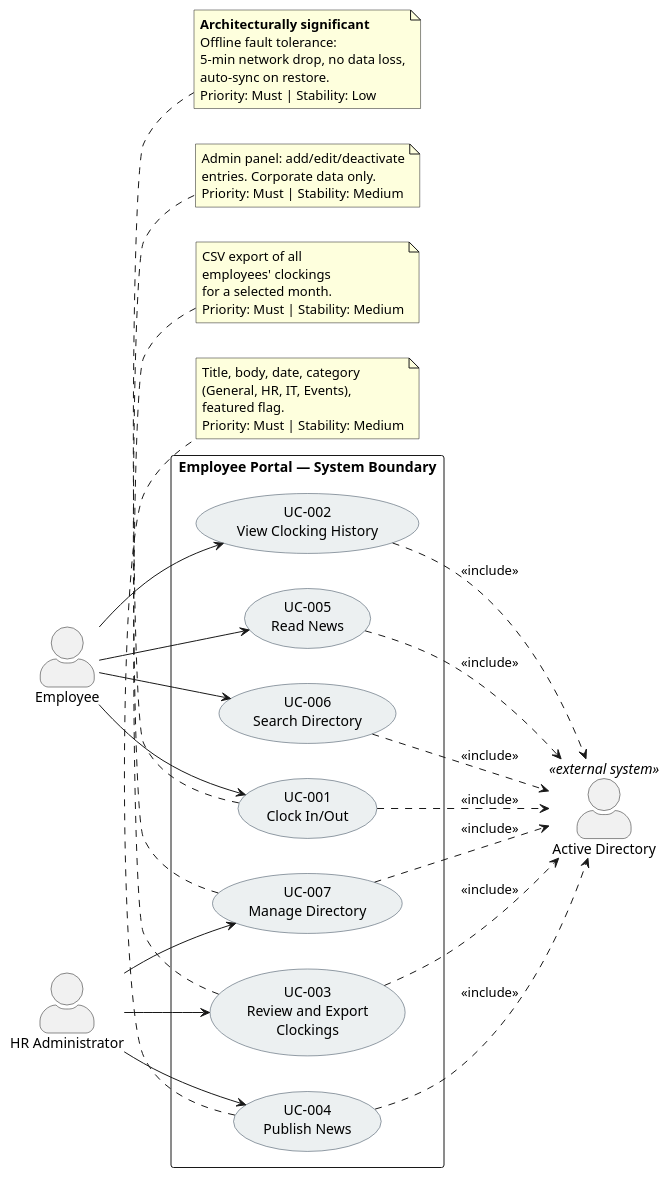
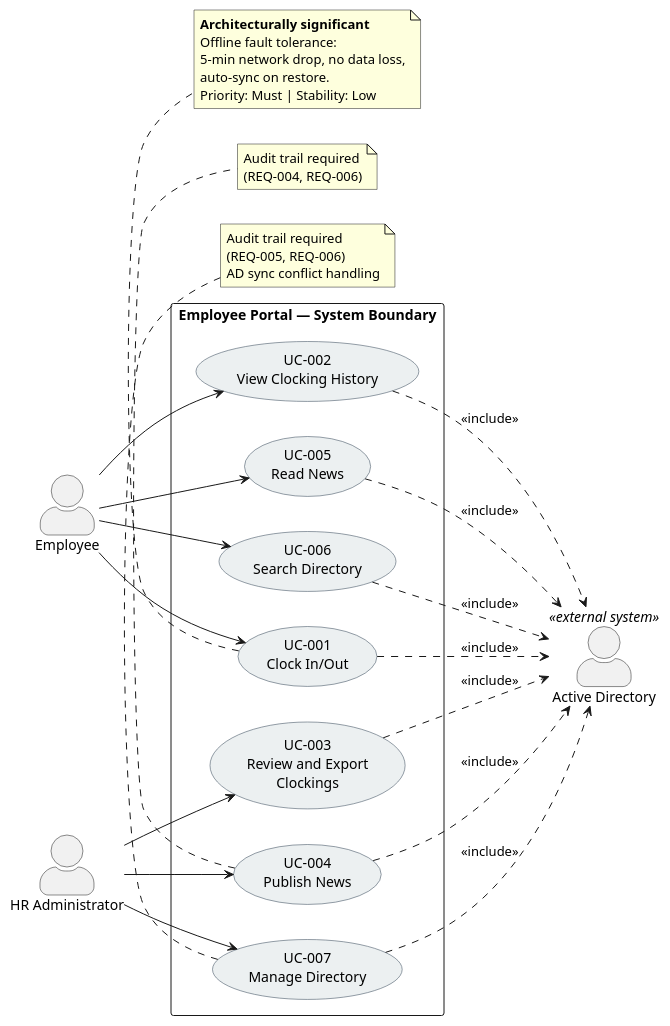
The first of 9 diagrams in docs/artifacts/requirements/use-case-model.md (banense-test/demo-janke-lab), drawn with PlantUML before and after one commit. The commit also changed other lines of this file, not shown here.

````diff
--- a/docs/artifacts/requirements/use-case-model.md
+++ b/docs/artifacts/requirements/use-case-model.md
@@ -19,69 +20,60 @@
 ```plantuml
 @startuml
 left to right direction
 skinparam packageStyle rectangle
 skinparam actorStyle awesome
 skinparam usecaseBorderColor #2c3e50
 skinparam usecaseBackgroundColor #ecf0f1
 
 actor "Employee" as EMP
 actor "HR Administrator" as HR
 actor "Active Directory" as AD <<external system>>
 
 rectangle "Employee Portal — System Boundary" {
   usecase "UC-001\nClock In/Out" as UC01
   usecase "UC-002\nView Clocking History" as UC02
   usecase "UC-003\nReview and Export\nClockings" as UC03
   usecase "UC-004\nPublish News" as UC04
   usecase "UC-005\nRead News" as UC05
   usecase "UC-006\nSearch Directory" as UC06
   usecase "UC-007\nManage Directory" as UC07
 }
 
 EMP --> UC01
 EMP --> UC02
 EMP --> UC05
 EMP --> UC06
 
 HR --> UC03
 HR --> UC04
 HR --> UC07
 
 UC01 ..> AD : <<include>>
 UC02 ..> AD : <<include>>
 UC03 ..> AD : <<include>>
 UC04 ..> AD : <<include>>
 UC05 ..> AD : <<include>>
 UC06 ..> AD : <<include>>
 UC07 ..> AD : <<include>>
 
 note bottom of UC01
   **Architecturally significant**
   Offline fault tolerance:
   5-min network drop, no data loss,
   auto-sync on restore.
   Priority: Must | Stability: Low
 end note
 
-note bottom of UC03
-  CSV export of all
-  employees' clockings
-  for a selected month.
-  Priority: Must | Stability: Medium
-end note
-
 note bottom of UC04
-  Title, body, date, category
-  (General, HR, IT, Events),
-  featured flag.
-  Priority: Must | Stability: Medium
+  Audit trail required
+  (REQ-004, REQ-006)
 end note
 
 note bottom of UC07
-  Admin panel: add/edit/deactivate
-  entries. Corporate data only.
-  Priority: Must | Stability: Medium
+  Audit trail required
+  (REQ-005, REQ-006)
+  AD sync conflict handling
 end note
 
 @enduml
 ```
````
